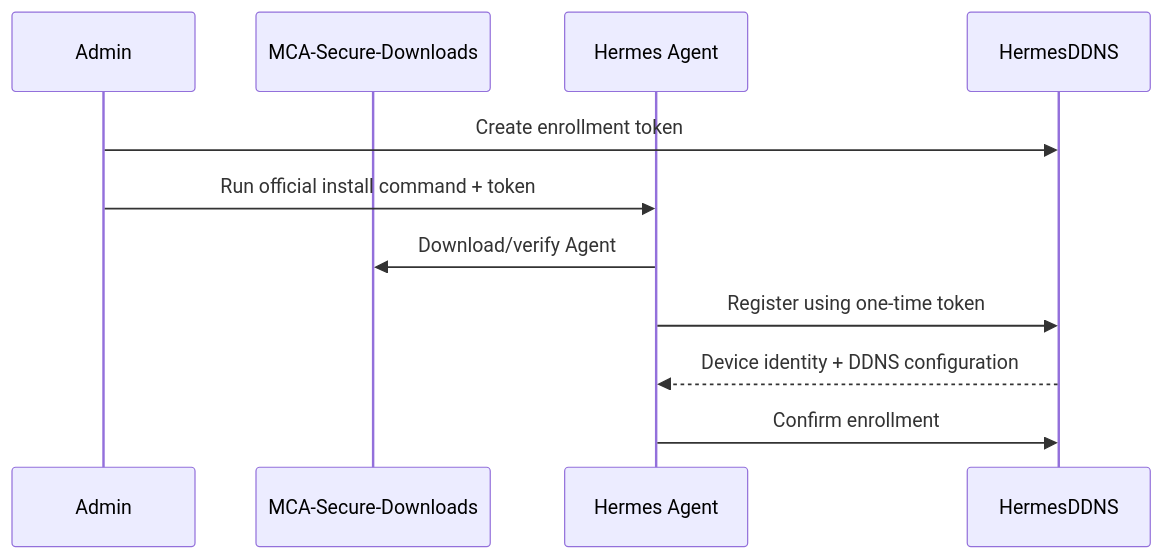
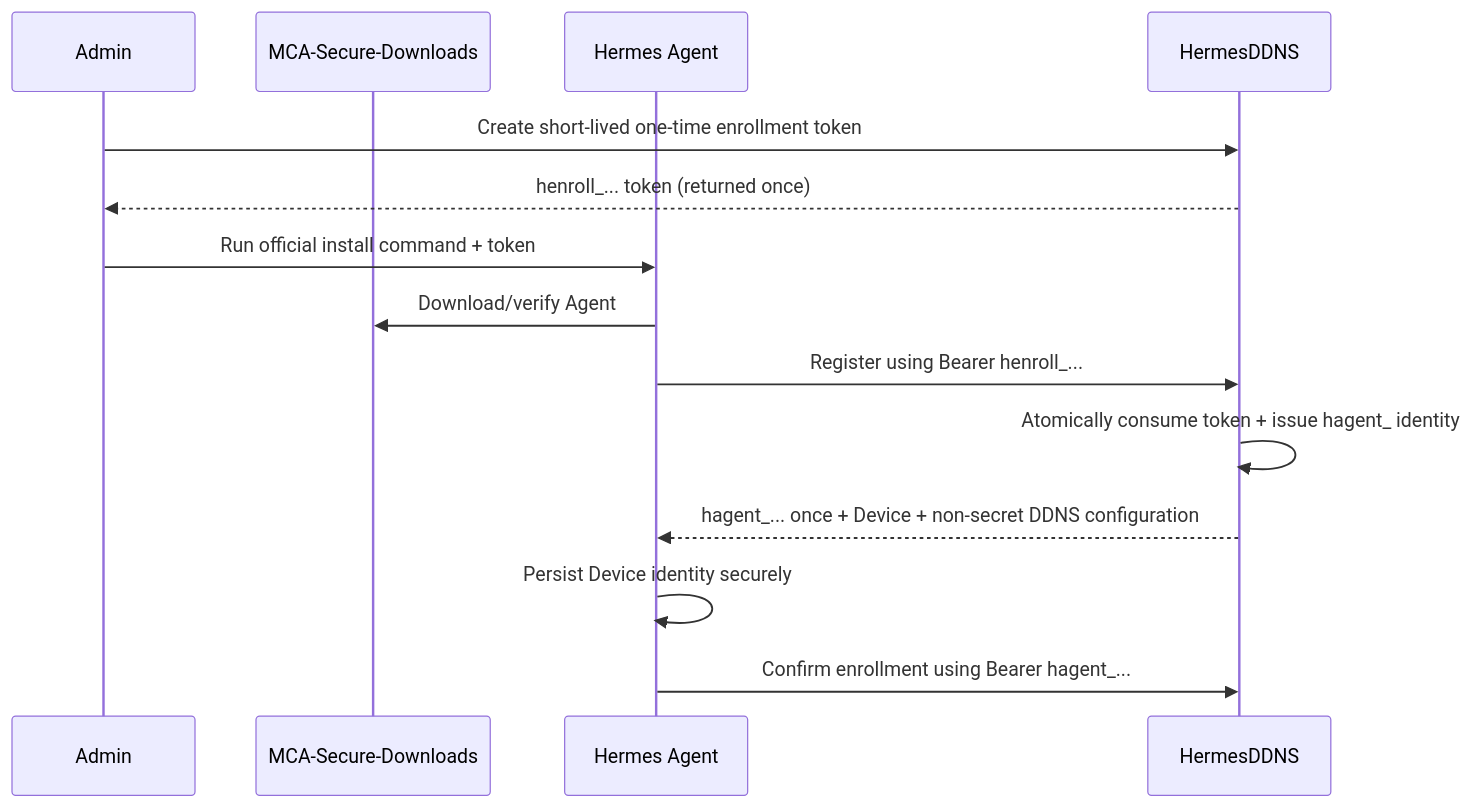
One commit to mca-rolando/OLIMPO changed the third of 6 diagrams in products/hermes/docs/architecture-functional-spec-v1.0/README.md. Above: the diagram before and after it, drawn with Mermaid. The commit also changed other lines of this file and 12 other files, not shown here.

Commit message:
HermesDDNS 26.08-02: add secure agent enrollment

````diff
--- a/products/hermes/docs/architecture-functional-spec-v1.0/README.md
+++ b/products/hermes/docs/architecture-functional-spec-v1.0/README.md
@@ -120,13 +147,16 @@
 ```mermaid
 sequenceDiagram
   participant Admin
   participant MCA as MCA-Secure-Downloads
   participant Agent as Hermes Agent
   participant Server as HermesDDNS
-  Admin->>Server: Create enrollment token
+  Admin->>Server: Create short-lived one-time enrollment token
+  Server-->>Admin: henroll_... token (returned once)
   Admin->>Agent: Run official install command + token
   Agent->>MCA: Download/verify Agent
-  Agent->>Server: Register using one-time token
-  Server-->>Agent: Device identity + DDNS configuration
-  Agent->>Server: Confirm enrollment
+  Agent->>Server: Register using Bearer henroll_...
+  Server->>Server: Atomically consume token + issue hagent_ identity
+  Server-->>Agent: hagent_... once + Device + non-secret DDNS configuration
+  Agent->>Agent: Persist Device identity securely
+  Agent->>Server: Confirm enrollment using Bearer hagent_...
 ```
````
